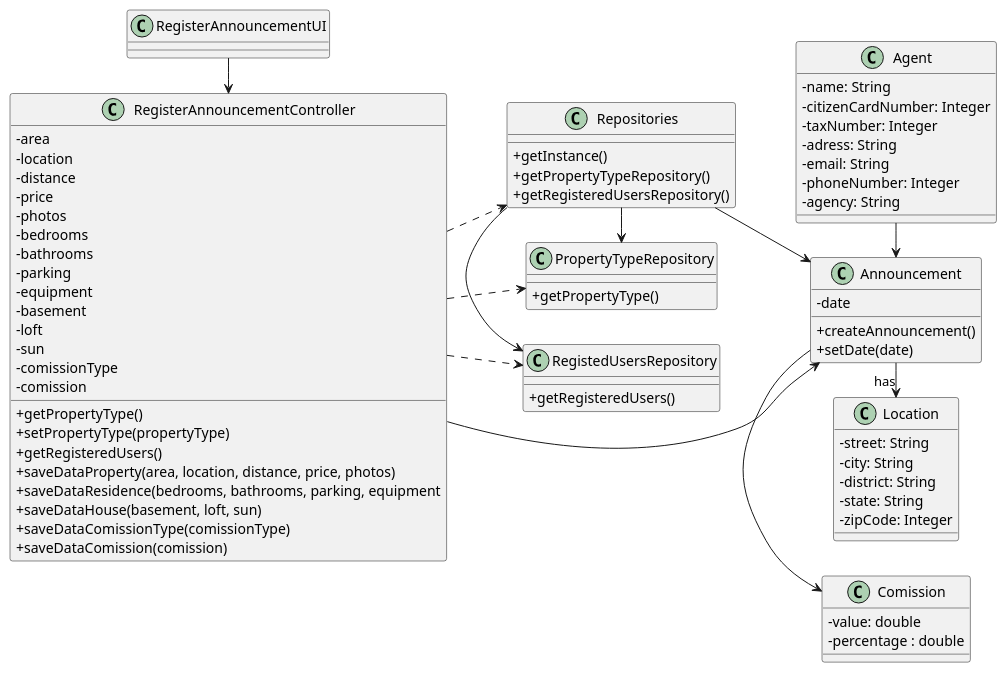
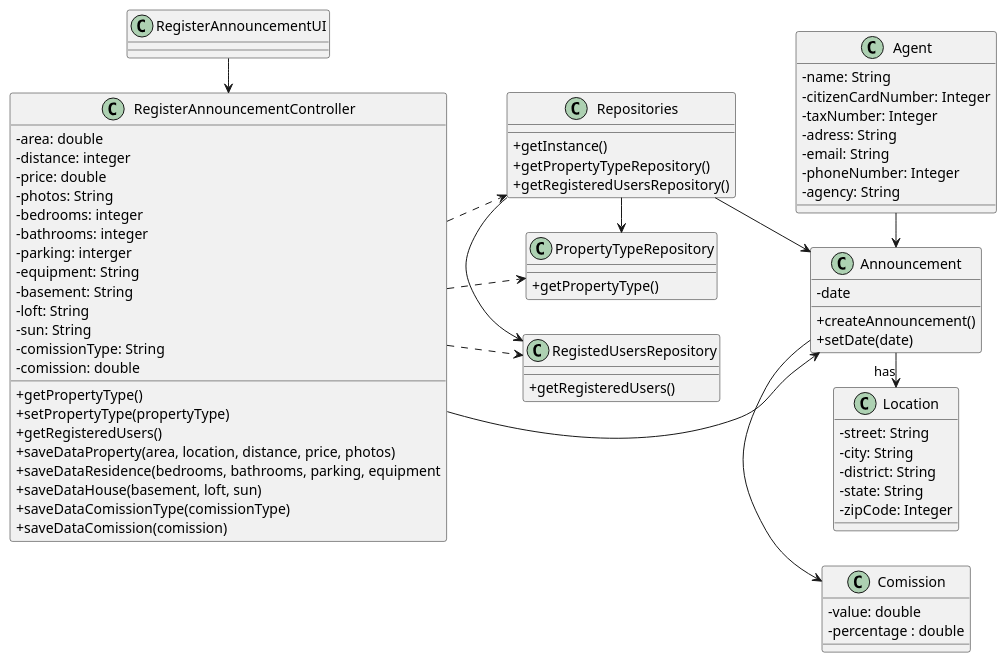
Before and after one commit to 1220812/LAPR2: the diagram in docs/sprintB/us002/03.design/puml/us002-class-diagram.puml, drawn with PlantUML. The commit also changed 1 other file, not shown here.

```diff
--- a/docs/sprintB/us002/03.design/puml/us002-class-diagram.puml
+++ b/docs/sprintB/us002/03.design/puml/us002-class-diagram.puml
@@ -1,103 +1,102 @@
 @startuml
 'skinparam monochrome true
 skinparam packageStyle rectangle
 skinparam shadowing false
 skinparam linetype polyline
 skinparam linetype orto
 
 skinparam classAttributeIconSize 0
 
 left to right direction
 
 class RegisterAnnouncementUI
 
 class RegisterAnnouncementController
 {
-    -area
-    -location
-    -distance
-    -price
-    -photos
-    -bedrooms
-    -bathrooms
-    -parking
-    -equipment
-    -basement
-    -loft
-    -sun
-    -comissionType
-    -comission
+    -area: double
+    -distance: integer
+    -price: double
+    -photos: String
+    -bedrooms: integer
+    -bathrooms: integer
+    -parking: interger
+    -equipment: String
+    -basement: String
+    -loft: String
+    -sun: String
+    -comissionType: String
+    -comission: double
     +getPropertyType()
     +setPropertyType(propertyType)
     +getRegisteredUsers()
     +saveDataProperty(area, location, distance, price, photos)
     +saveDataResidence(bedrooms, bathrooms, parking, equipment
     +saveDataHouse(basement, loft, sun)
     +saveDataComissionType(comissionType)
     +saveDataComission(comission)
 }
 
 class Repositories
 {
     +getInstance()
     +getPropertyTypeRepository()
     +getRegisteredUsersRepository()
 }
 
 class PropertyTypeRepository
 {
     +getPropertyType()
 }
 
 class RegistedUsersRepository
 {
     +getRegisteredUsers()
 }
 
 class Announcement
 {
     -date
     +createAnnouncement()
     +setDate(date)
 }
 
 class Comission
 {
     -value: double
     -percentage : double
 }
 
 class Agent
 {
     -name: String
     -citizenCardNumber: Integer
     -taxNumber: Integer
     -adress: String
     -email: String
     -phoneNumber: Integer
     -agency: String
 }
 
 Class Location
 {
     -street: String
     -city: String
     -district: String
     -state: String
     -zipCode: Integer
 }
 
 
 
 RegisterAnnouncementUI -> RegisterAnnouncementController
 RegisterAnnouncementController .> Repositories
 Repositories -> Announcement
 Repositories -> RegistedUsersRepository
 Repositories -> PropertyTypeRepository
 RegisterAnnouncementController ---> Announcement
 RegisterAnnouncementController ..> RegistedUsersRepository
 RegisterAnnouncementController ..> PropertyTypeRepository
 Agent -> Announcement
 Announcement -> Comission
 Announcement -> "has" Location
 @enduml
```
